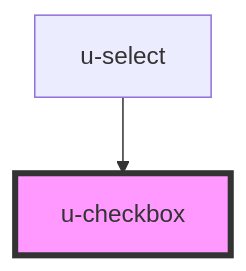
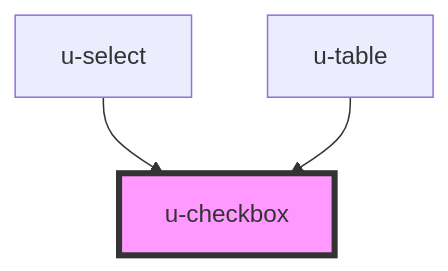
The diagram in src/components/u-checkbox/readme.md (theUrbans/uniform), drawn with Mermaid before and after one commit. The commit also changed other lines of this file and 12 other files, not shown here.

````diff
--- a/src/components/u-checkbox/readme.md
+++ b/src/components/u-checkbox/readme.md
@@ -45,5 +47,6 @@
 ```mermaid
 graph TD;
   u-select --> u-checkbox
+  u-table --> u-checkbox
   style u-checkbox fill:#f9f,stroke:#333,stroke-width:4px
 ```
````
